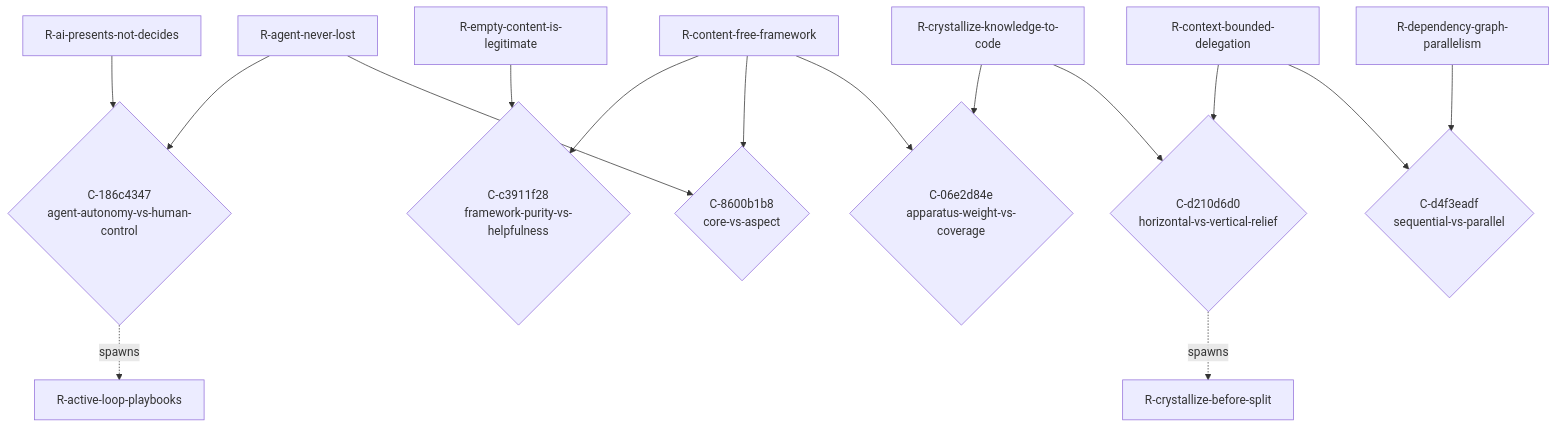
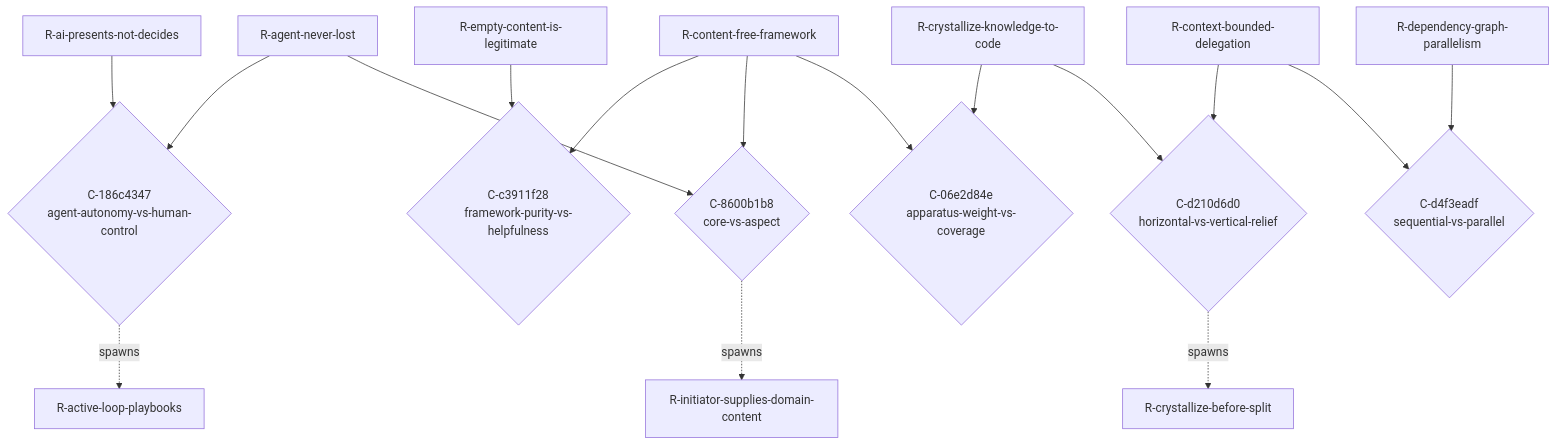
One commit to PHPCraftdream/HotamSpec changed the diagram in domains/hotam-spec-self/docs/gen/TENSIONS.md. Above: the diagram before and after it, drawn with Mermaid. The commit also changed other lines of this file and 16 other files, not shown here.

````diff
--- a/domains/hotam-spec-self/docs/gen/TENSIONS.md
+++ b/domains/hotam-spec-self/docs/gen/TENSIONS.md
@@ -80,32 +81,34 @@
 ```mermaid
 graph TD
     R_agent_never_lost["R-agent-never-lost"]
     R_ai_presents_not_decides["R-ai-presents-not-decides"]
     R_active_loop_playbooks["R-active-loop-playbooks"]
     R_content_free_framework["R-content-free-framework"]
     R_empty_content_is_legitimate["R-empty-content-is-legitimate"]
+    R_initiator_supplies_domain_content["R-initiator-supplies-domain-content"]
     R_crystallize_knowledge_to_code["R-crystallize-knowledge-to-code"]
     R_context_bounded_delegation["R-context-bounded-delegation"]
     R_crystallize_before_split["R-crystallize-before-split"]
     R_dependency_graph_parallelism["R-dependency-graph-parallelism"]
     C_186c4347{"C-186c4347\nagent-autonomy-vs-human-control"}
     R_agent_never_lost --> C_186c4347
     R_ai_presents_not_decides --> C_186c4347
     C_186c4347 -.spawns.-> R_active_loop_playbooks
     C_c3911f28{"C-c3911f28\nframework-purity-vs-helpfulness"}
     R_content_free_framework --> C_c3911f28
     R_empty_content_is_legitimate --> C_c3911f28
     C_8600b1b8{"C-8600b1b8\ncore-vs-aspect"}
     R_content_free_framework --> C_8600b1b8
     R_agent_never_lost --> C_8600b1b8
+    C_8600b1b8 -.spawns.-> R_initiator_supplies_domain_content
     C_06e2d84e{"C-06e2d84e\napparatus-weight-vs-coverage"}
     R_crystallize_knowledge_to_code --> C_06e2d84e
     R_content_free_framework --> C_06e2d84e
     C_d210d6d0{"C-d210d6d0\nhorizontal-vs-vertical-relief"}
     R_context_bounded_delegation --> C_d210d6d0
     R_crystallize_knowledge_to_code --> C_d210d6d0
     C_d210d6d0 -.spawns.-> R_crystallize_before_split
     C_d4f3eadf{"C-d4f3eadf\nsequential-vs-parallel"}
     R_context_bounded_delegation --> C_d4f3eadf
     R_dependency_graph_parallelism --> C_d4f3eadf
 ```
````
